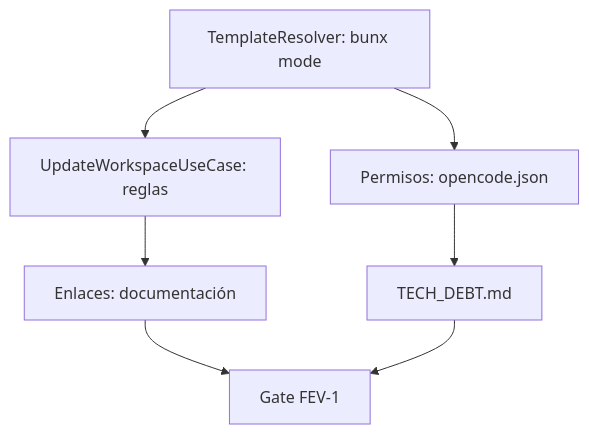
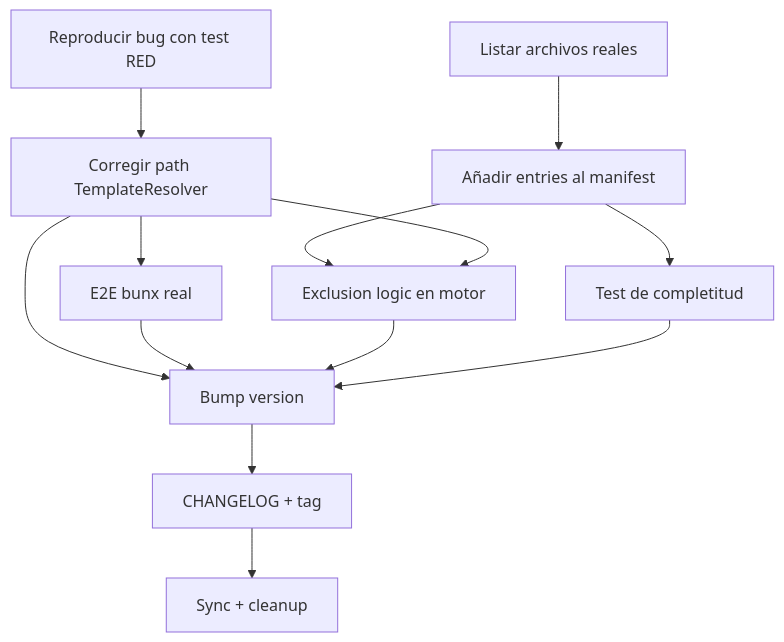
Before and after one commit to Fisherk2/codice-opencode: the diagram in tasks/plan.md, drawn with Mermaid. The commit also changed other lines of this file and 22 other files, not shown here.

First line of the commit message:
release: v1.0.6 — Fix bunx template resolution (Issue #8) (#9)

````diff
--- a/tasks/plan.md
+++ b/tasks/plan.md
@@ -175,9 +281,15 @@
 ```mermaid
 graph TD
-    FEV1-T1[TemplateResolver: bunx mode] --> FEV1-T2[UpdateWorkspaceUseCase: reglas]
-    FEV1-T1 --> FEV1-T3[Permisos: opencode.json]
-    FEV1-T2 --> FEV1-T4[Enlaces: documentación]
-    FEV1-T3 --> FEV1-T5[TECH_DEBT.md]
-    FEV1-T4 --> FEV1-GATE[Gate FEV-1]
-    FEV1-T5 --> FEV1-GATE
+    FEV2-T0[Reproducir bug con test RED] --> FEV2-T1[Corregir path TemplateResolver]
+    FEV2-T3[Listar archivos reales] --> FEV2-T4[Añadir entries al manifest]
+    FEV2-T1 --> FEV2-T2[E2E bunx real]
+    FEV2-T4 --> FEV2-T5[Exclusion logic en motor]
+    FEV2-T1 --> FEV2-T5
+    FEV2-T4 --> FEV2-T6[Test de completitud]
+    FEV2-T1 --> FEV2-T7[Bump version]
+    FEV2-T2 --> FEV2-T7
+    FEV2-T5 --> FEV2-T7
+    FEV2-T6 --> FEV2-T7
+    FEV2-T7 --> FEV2-T8[CHANGELOG + tag]
+    FEV2-T8 --> FEV2-T9[Sync + cleanup]
 ```
````
